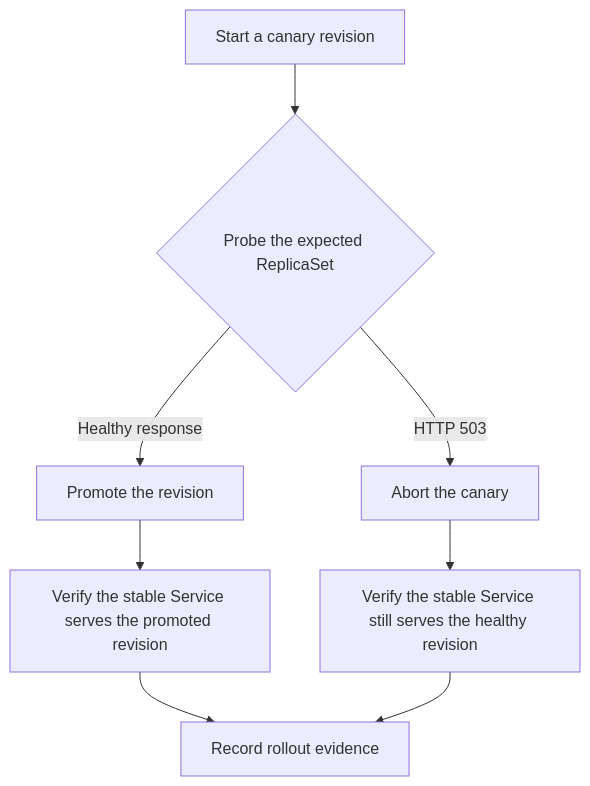
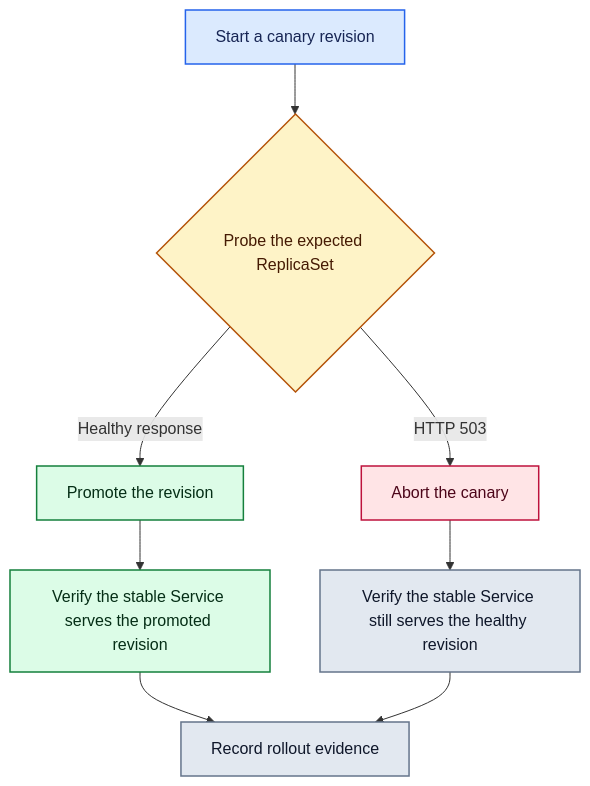
One commit to sujayv26/release-trace changed the diagram in docs/OPERATIONS.md. Above: the diagram before and after it, drawn with Mermaid. The commit also changed 3 other files, not shown here.

Commit message:
Color-code release documentation diagrams

````diff
--- a/docs/OPERATIONS.md
+++ b/docs/OPERATIONS.md
@@ -248,12 +248,24 @@
 ```mermaid
 flowchart TB
     accTitle: Canary promotion and abort
     accDescr: Argo checks the exact canary revision. The drill observes a successful promotion and a separate abort after an HTTP 503.
     Canary["Start a canary revision"] --> Probe{"Probe the expected ReplicaSet"}
     Probe -->|Healthy response| Promote["Promote the revision"]
     Probe -->|HTTP 503| Abort["Abort the canary"]
     Promote --> New["Verify the stable Service serves the promoted revision"]
     Abort --> Prior["Verify the stable Service still serves the healthy revision"]
     New --> Evidence["Record rollout evidence"]
     Prior --> Evidence
+
+    classDef process fill:#dbeafe,stroke:#2563eb,color:#172554,stroke-width:1.5px
+    classDef decision fill:#fef3c7,stroke:#b45309,color:#451a03,stroke-width:1.5px
+    classDef success fill:#dcfce7,stroke:#15803d,color:#052e16,stroke-width:1.5px
+    classDef blocked fill:#ffe4e6,stroke:#be123c,color:#4c0519,stroke-width:1.5px
+    classDef evidence fill:#e2e8f0,stroke:#64748b,color:#0f172a,stroke-width:1.5px
+
+    class Canary process
+    class Probe decision
+    class Promote,New success
+    class Abort blocked
+    class Prior,Evidence evidence
 ```
````
